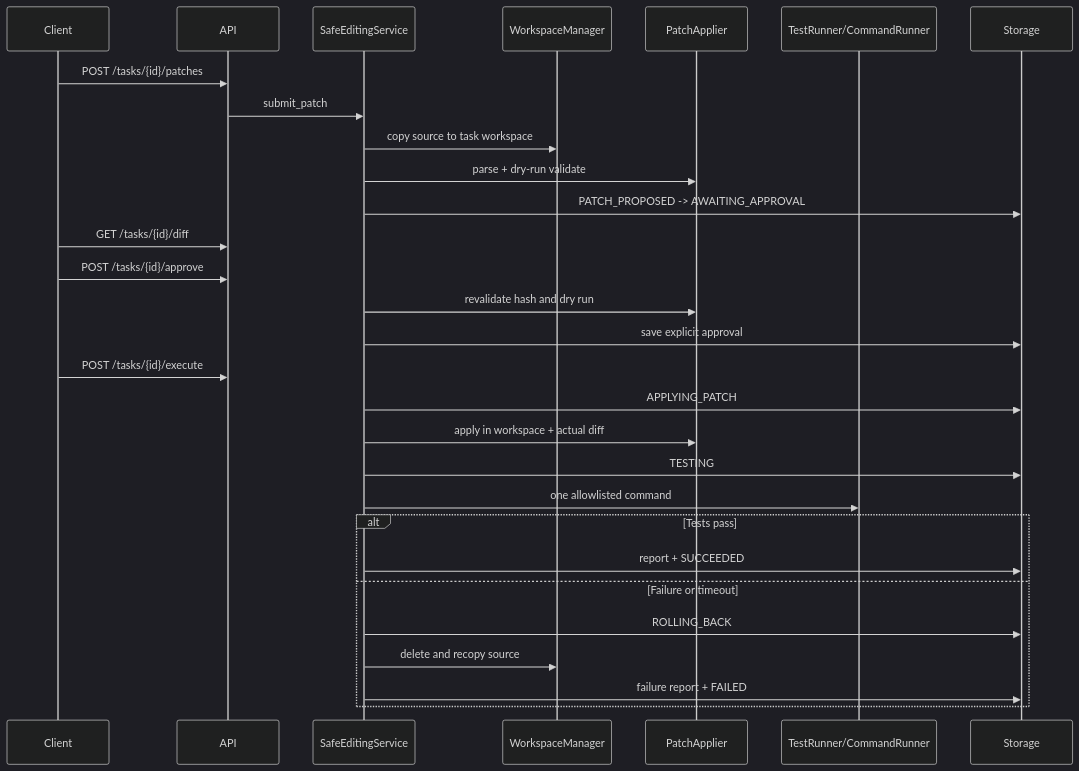
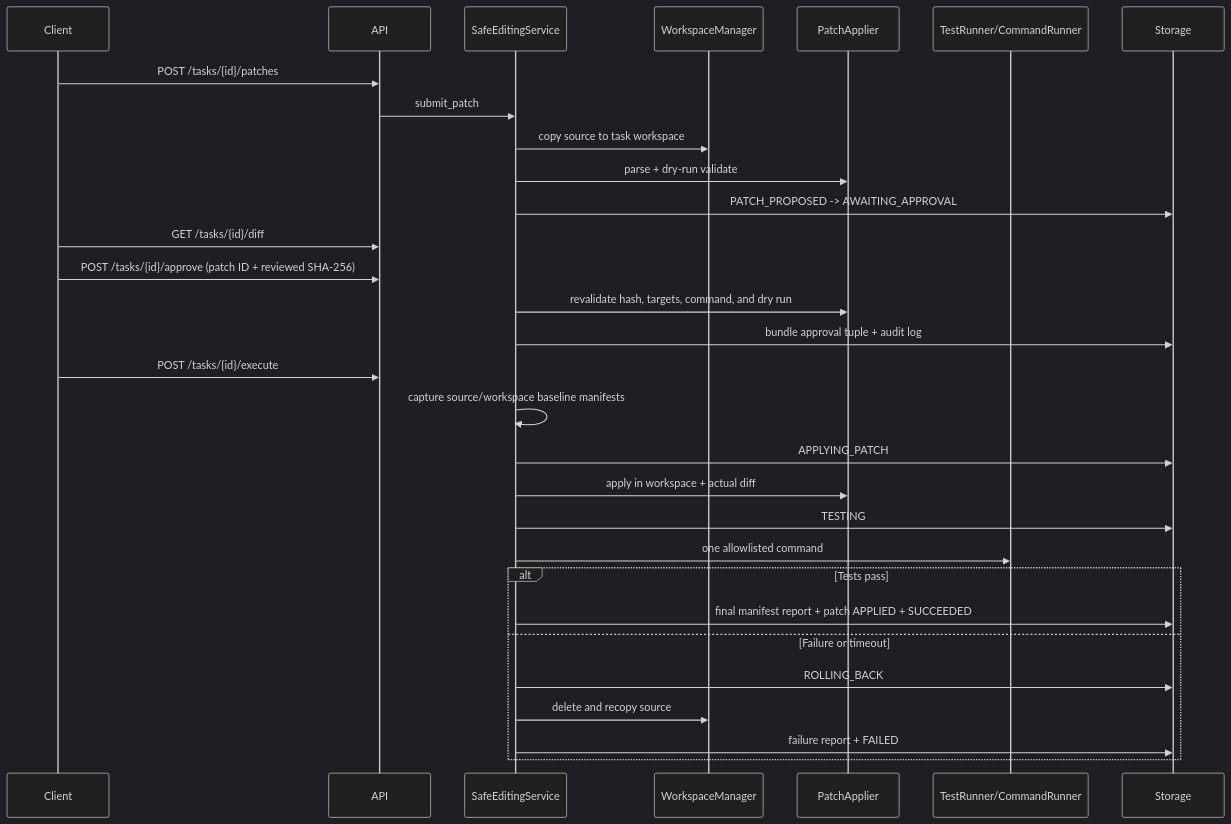
The second of 2 diagrams in docs/architecture.md (liz312948-crypto/opencode-lite), drawn with Mermaid (dark theme) before and after one commit. The commit also changed other lines of this file and 5 other files, not shown here.

````diff
--- a/docs/architecture.md
+++ b/docs/architecture.md
@@ -59,32 +61,33 @@
 ```mermaid
 sequenceDiagram
     participant Client
     participant API
     participant Editing as SafeEditingService
     participant Workspace as WorkspaceManager
     participant Patch as PatchApplier
     participant Runner as TestRunner/CommandRunner
     participant Storage
 
     Client->>API: POST /tasks/{id}/patches
     API->>Editing: submit_patch
     Editing->>Workspace: copy source to task workspace
     Editing->>Patch: parse + dry-run validate
     Editing->>Storage: PATCH_PROPOSED -> AWAITING_APPROVAL
     Client->>API: GET /tasks/{id}/diff
-    Client->>API: POST /tasks/{id}/approve
-    Editing->>Patch: revalidate hash and dry run
-    Editing->>Storage: save explicit approval
+    Client->>API: POST /tasks/{id}/approve (patch ID + reviewed SHA-256)
+    Editing->>Patch: revalidate hash, targets, command, and dry run
+    Editing->>Storage: bundle approval tuple + audit log
     Client->>API: POST /tasks/{id}/execute
+    Editing->>Editing: capture source/workspace baseline manifests
     Editing->>Storage: APPLYING_PATCH
     Editing->>Patch: apply in workspace + actual diff
     Editing->>Storage: TESTING
     Editing->>Runner: one allowlisted command
     alt Tests pass
-        Editing->>Storage: report + SUCCEEDED
+        Editing->>Storage: final manifest report + patch APPLIED + SUCCEEDED
     else Failure or timeout
         Editing->>Storage: ROLLING_BACK
         Editing->>Workspace: delete and recopy source
         Editing->>Storage: failure report + FAILED
     end
 ```
````
